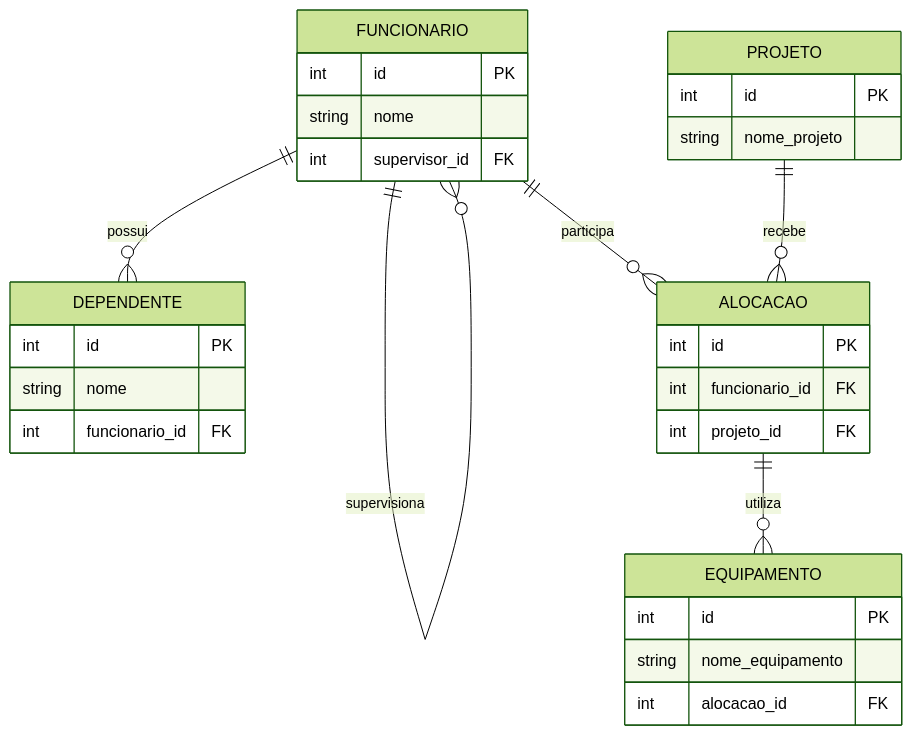
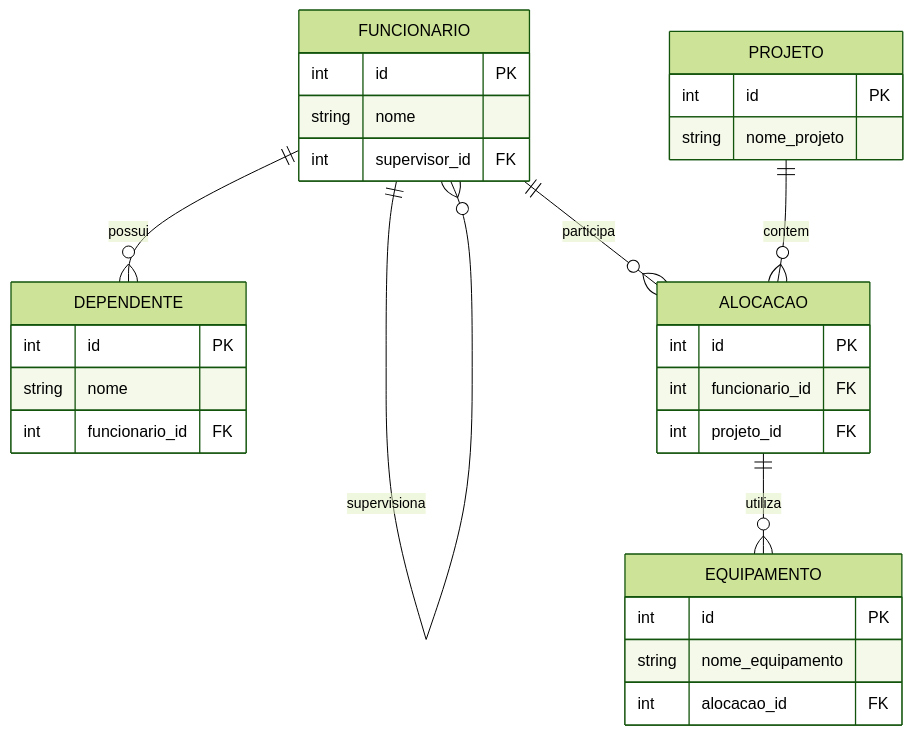
Before and after one commit to jlmzin/projeto-bd-agregacao: the diagram in README.md, drawn with Mermaid (forest theme). The commit also changed other lines of this file, not shown here.

````diff
--- a/README.md
+++ b/README.md
@@ -34,41 +69,38 @@
 ```mermaid
 erDiagram
 
     FUNCIONARIO {
         int id PK
         string nome
         int supervisor_id FK
     }
 
     DEPENDENTE {
         int id PK
         string nome
         int funcionario_id FK
     }
 
     PROJETO {
         int id PK
         string nome_projeto
     }
 
     ALOCACAO {
         int id PK
         int funcionario_id FK
         int projeto_id FK
     }
 
     EQUIPAMENTO {
         int id PK
         string nome_equipamento
         int alocacao_id FK
     }
 
+    FUNCIONARIO ||--o{ FUNCIONARIO : supervisiona
     FUNCIONARIO ||--o{ DEPENDENTE : possui
-
     FUNCIONARIO ||--o{ ALOCACAO : participa
-    PROJETO ||--o{ ALOCACAO : recebe
-
+    PROJETO ||--o{ ALOCACAO : contem
     ALOCACAO ||--o{ EQUIPAMENTO : utiliza
-
-    FUNCIONARIO ||--o{ FUNCIONARIO : supervisiona
 ```
````
